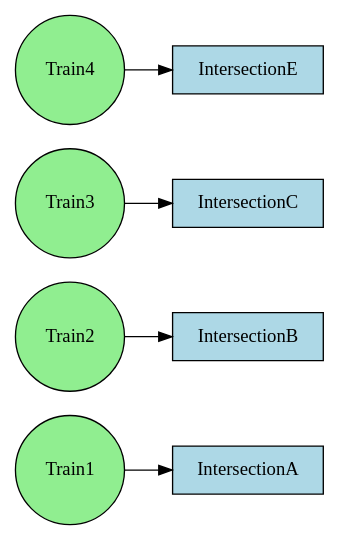
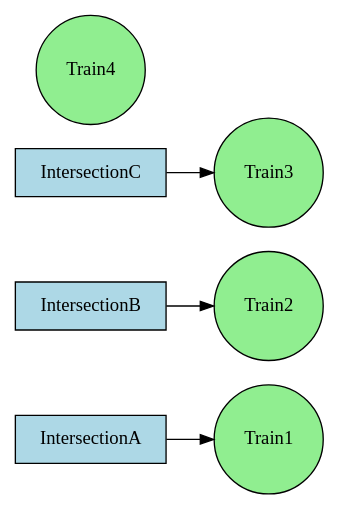
One commit to Epsilon157/Group-D changed the diagram in rag.dot. Above: the diagram before and after it, drawn with Graphviz. The commit also changed 4 other files, not shown here.

```diff
--- a/rag.dot
+++ b/rag.dot
@@ -1,12 +1,11 @@
 digraph RAG {
   rankdir=LR;
   node [shape=rectangle, style=filled, fillcolor=lightblue];
   "Train1" [shape=circle, fillcolor=lightgreen];
-  "Train1" -> "IntersectionA";
+  "IntersectionA" -> "Train1";
   "Train2" [shape=circle, fillcolor=lightgreen];
-  "Train2" -> "IntersectionB";
+  "IntersectionB" -> "Train2";
   "Train3" [shape=circle, fillcolor=lightgreen];
-  "Train3" -> "IntersectionC";
+  "IntersectionC" -> "Train3";
   "Train4" [shape=circle, fillcolor=lightgreen];
-  "Train4" -> "IntersectionE";
 }
```
